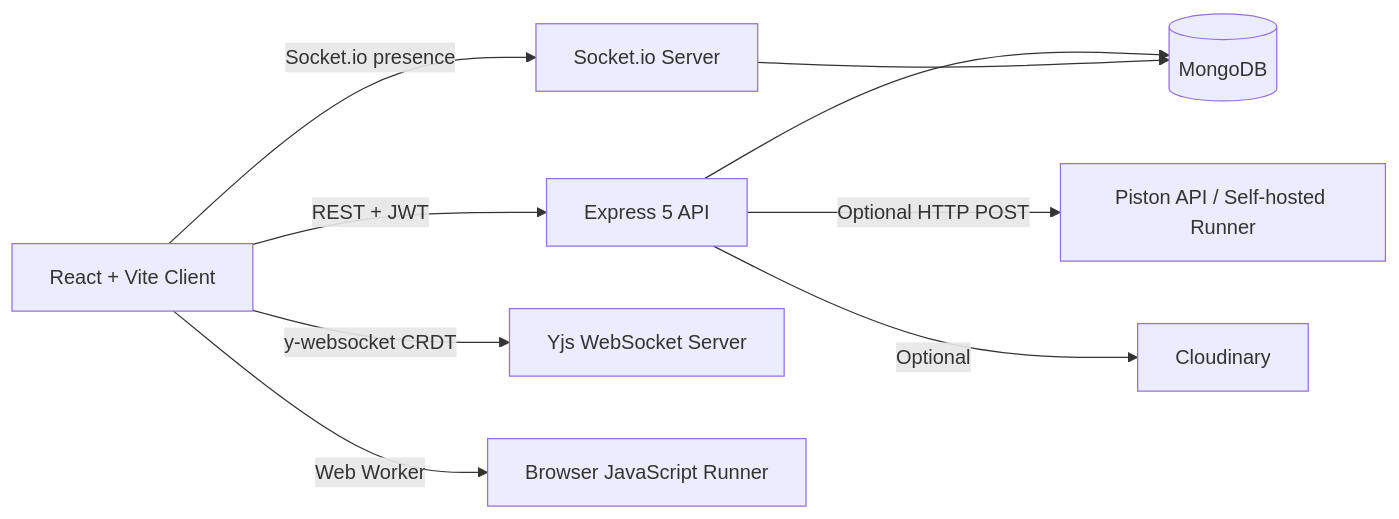
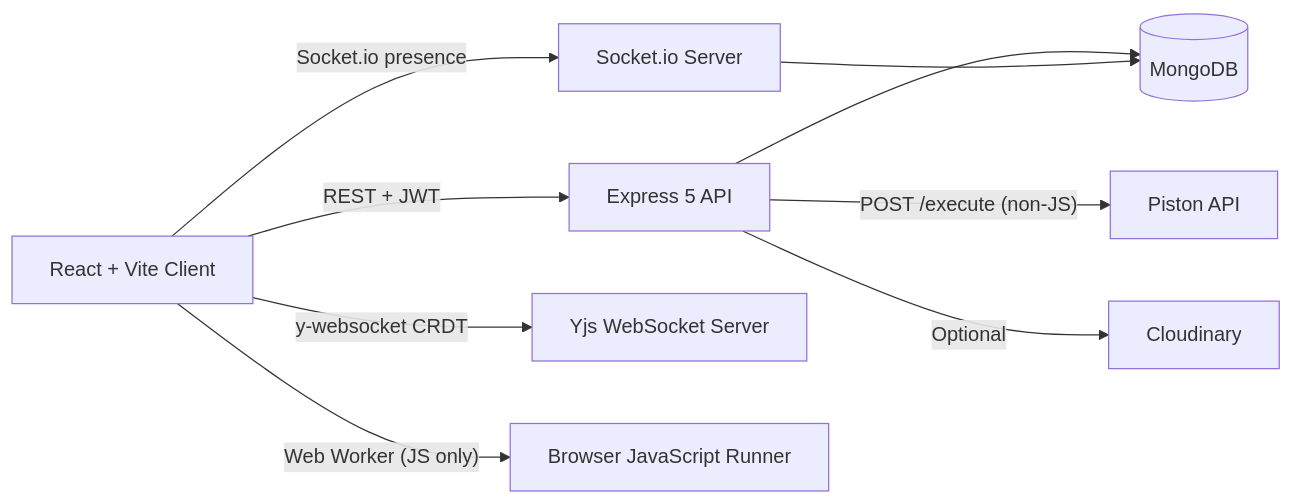
Before and after one commit to Serkanbyx/online-code-editor: the diagram in docs/build-guide.md, drawn with Mermaid. The commit also changed other lines of this file and 27 other files, not shown here.

````diff
--- a/docs/build-guide.md
+++ b/docs/build-guide.md
@@ -112,11 +112,11 @@
 ```mermaid
 flowchart LR
     Client[React + Vite Client] -->|"REST + JWT"| API[Express 5 API]
     Client -->|"Socket.io presence"| SIO[Socket.io Server]
     Client -->|"y-websocket CRDT"| Yjs[Yjs WebSocket Server]
-    Client -->|"Web Worker"| BrowserRunner[Browser JavaScript Runner]
+    Client -->|"Web Worker (JS only)"| BrowserRunner[Browser JavaScript Runner]
     API --> Mongo[(MongoDB)]
     SIO --> Mongo
-    API -->|"Optional HTTP POST"| Piston[Piston API / Self-hosted Runner]
+    API -->|"POST /execute (non-JS)"| Piston[Piston API]
     API -->|"Optional"| Cloud[Cloudinary]
 ```
````
